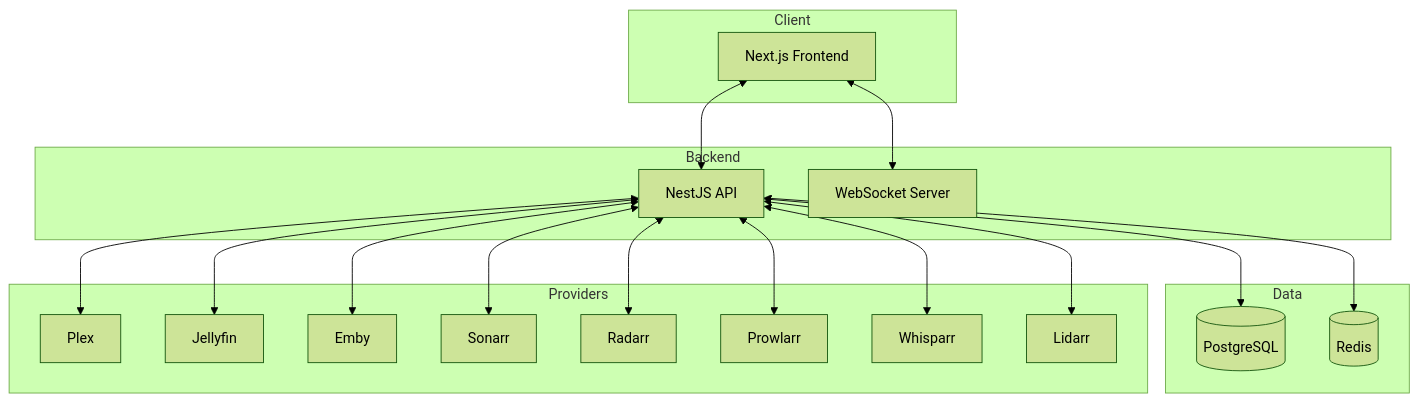
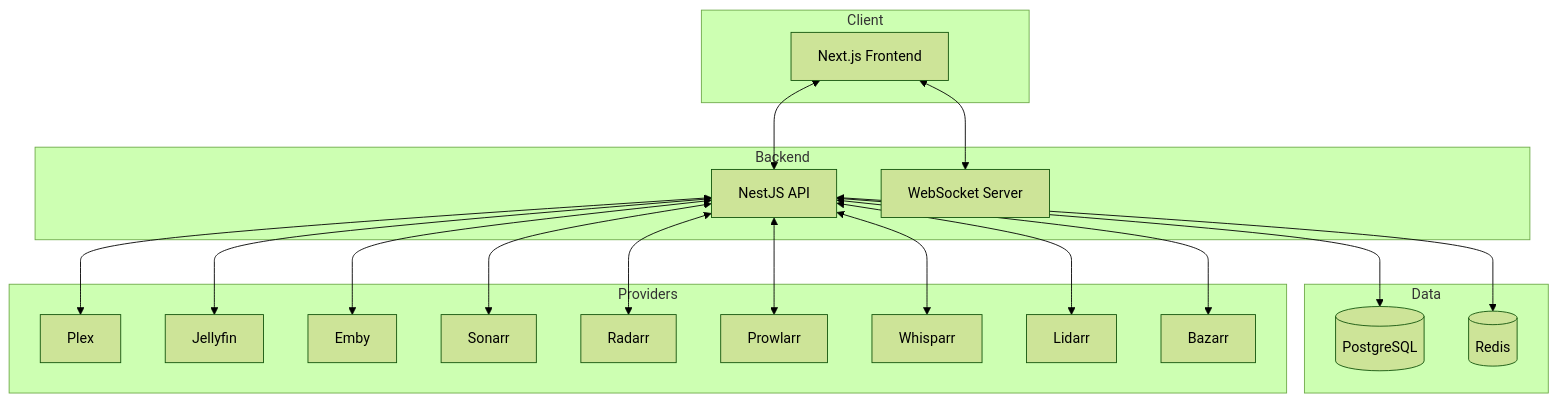
The diagram in README.md (itz4blitz/Logarr), drawn with Mermaid (forest theme) before and after one commit. The commit also changed other lines of this file and 33 other files, not shown here.

````diff
--- a/README.md
+++ b/README.md
@@ -157,33 +157,34 @@
 ```mermaid
 flowchart TB
     subgraph Client
         FE[Next.js Frontend]
     end
 
     subgraph Backend
         API[NestJS API]
         WS[WebSocket Server]
     end
 
     subgraph Data
         PG[(PostgreSQL)]
         RD[(Redis)]
     end
 
     subgraph Providers
         PX[Plex]
         JF[Jellyfin]
         EM[Emby]
         SO[Sonarr]
         RA[Radarr]
         PR[Prowlarr]
         WH[Whisparr]
         LI[Lidarr]
+        BA[Bazarr]
     end
 
     FE <--> API
     FE <--> WS
     API <--> PG
     API <--> RD
-    API <--> PX & JF & EM & SO & RA & PR & WH & LI
+    API <--> PX & JF & EM & SO & RA & PR & WH & LI & BA
 ```
````
